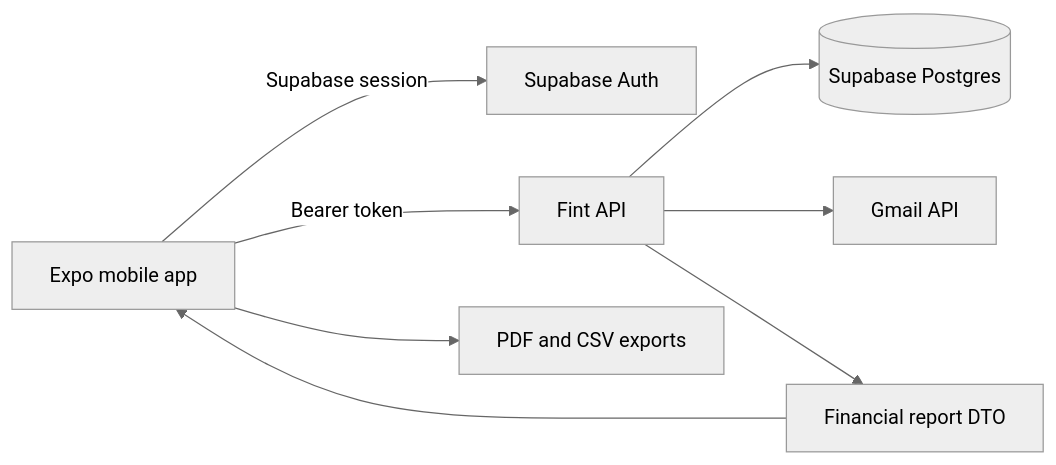
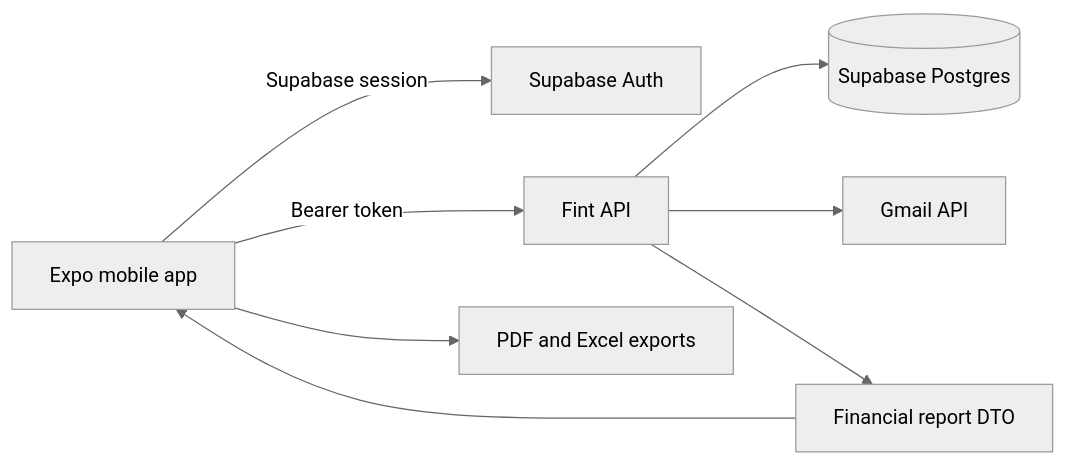
One commit to maishet/Fint changed the diagram in README.md. Above: the diagram before and after it, drawn with Mermaid (neutral theme). The commit also changed other lines of this file and 22 other files, not shown here.

First line of the commit message:
feat: update report export formats from CSV to Excel, enhance support reporting, and add improvements screen

````diff
--- a/README.md
+++ b/README.md
@@ -48,10 +48,10 @@
 ```mermaid
 flowchart LR
     A[Expo mobile app] -->|Supabase session| B[Supabase Auth]
     A -->|Bearer token| C[Fint API]
     C --> D[(Supabase Postgres)]
     C --> E[Gmail API]
     C --> F[Financial report DTO]
     F --> A
-    A --> G[PDF and CSV exports]
+    A --> G[PDF and Excel exports]
 ```
````
